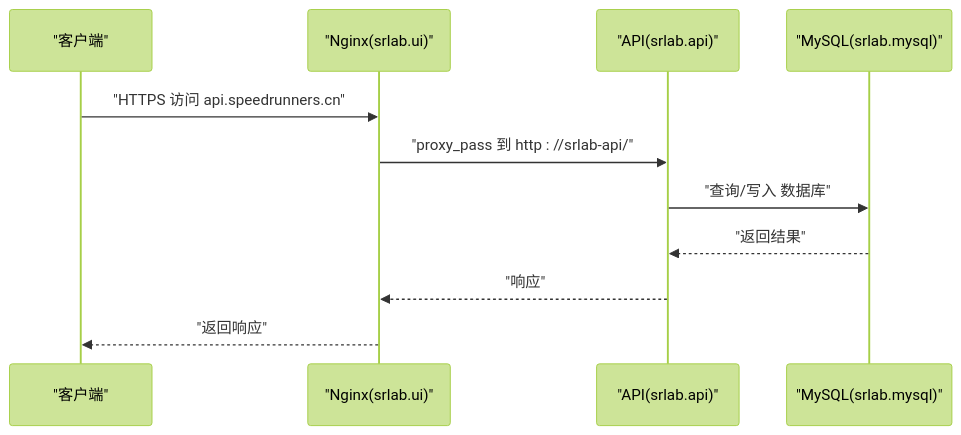
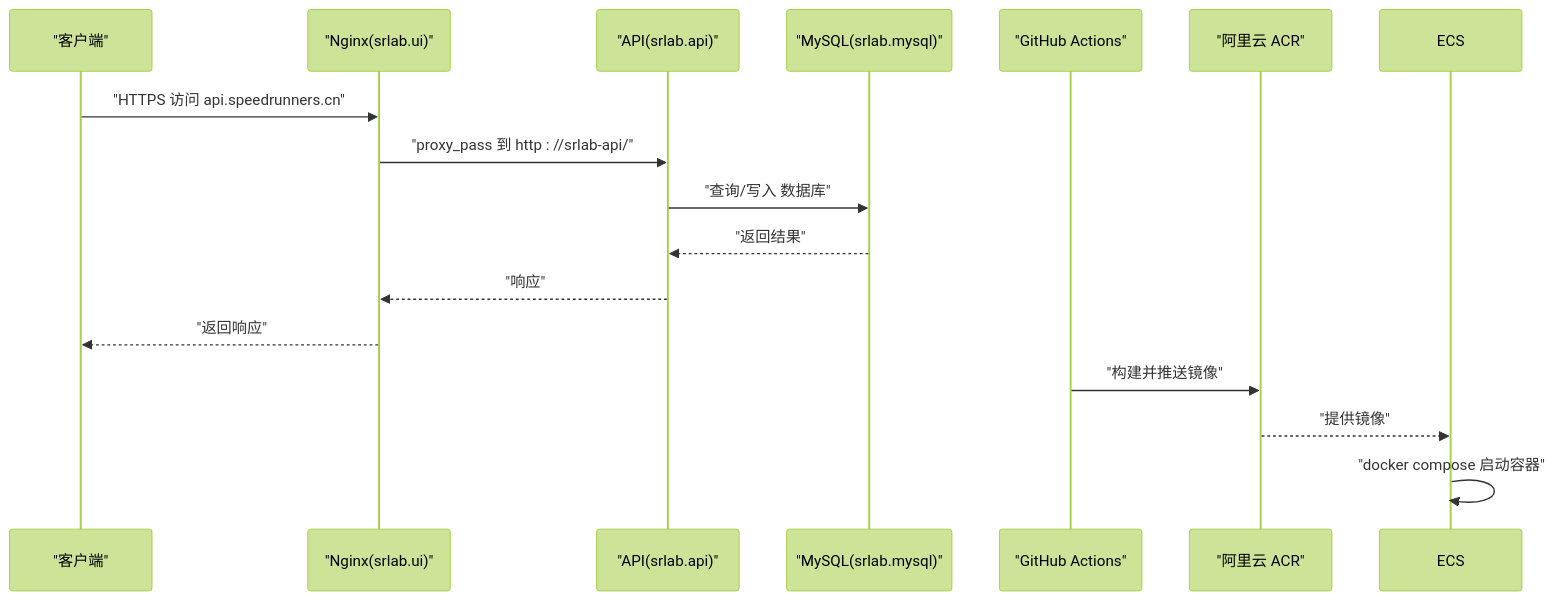
One commit to TinyMaD/SpeedRunnersLab changed the second of 4 diagrams in .qoder/repowiki/zh/content/部署运维.md. Above: the diagram before and after it, drawn with Mermaid (forest theme). The commit also changed other lines of this file and 9 other files, not shown here.

Commit message:
接入 GitHub Actions CI/CD (ghcr.io 方案)

````diff
--- a/.qoder/repowiki/zh/content/部署运维.md
+++ b/.qoder/repowiki/zh/content/部署运维.md
@@ -103,13 +125,18 @@
 ```mermaid
 sequenceDiagram
 participant C as "客户端"
 participant N as "Nginx(srlab.ui)"
 participant A as "API(srlab.api)"
 participant DB as "MySQL(srlab.mysql)"
+participant GHA as "GitHub Actions"
+participant ACR as "阿里云 ACR"
 C->>N : "HTTPS 访问 api.speedrunners.cn"
 N->>A : "proxy_pass 到 http : //srlab-api/"
 A->>DB : "查询/写入 数据库"
 DB-->>A : "返回结果"
 A-->>N : "响应"
 N-->>C : "返回响应"
+GHA->>ACR : "构建并推送镜像"
+ACR-->>ECS : "提供镜像"
+ECS->>ECS : "docker compose 启动容器"
 ```
````
